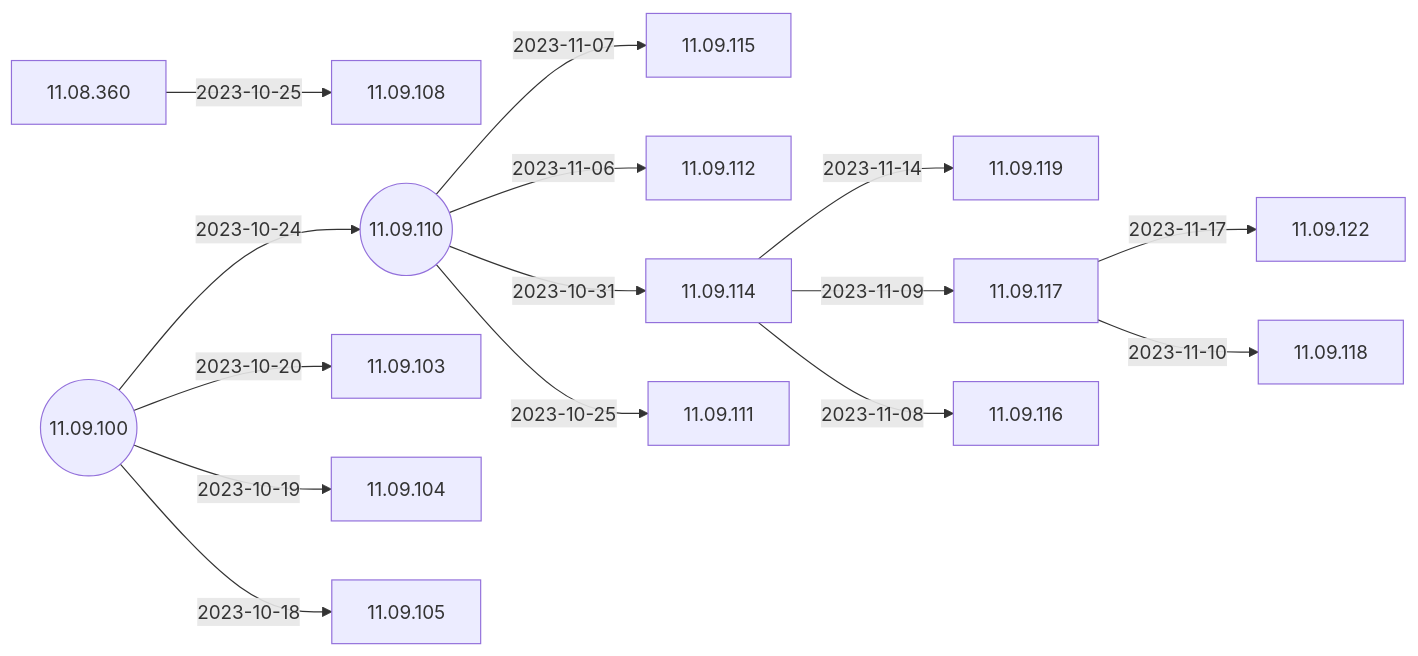
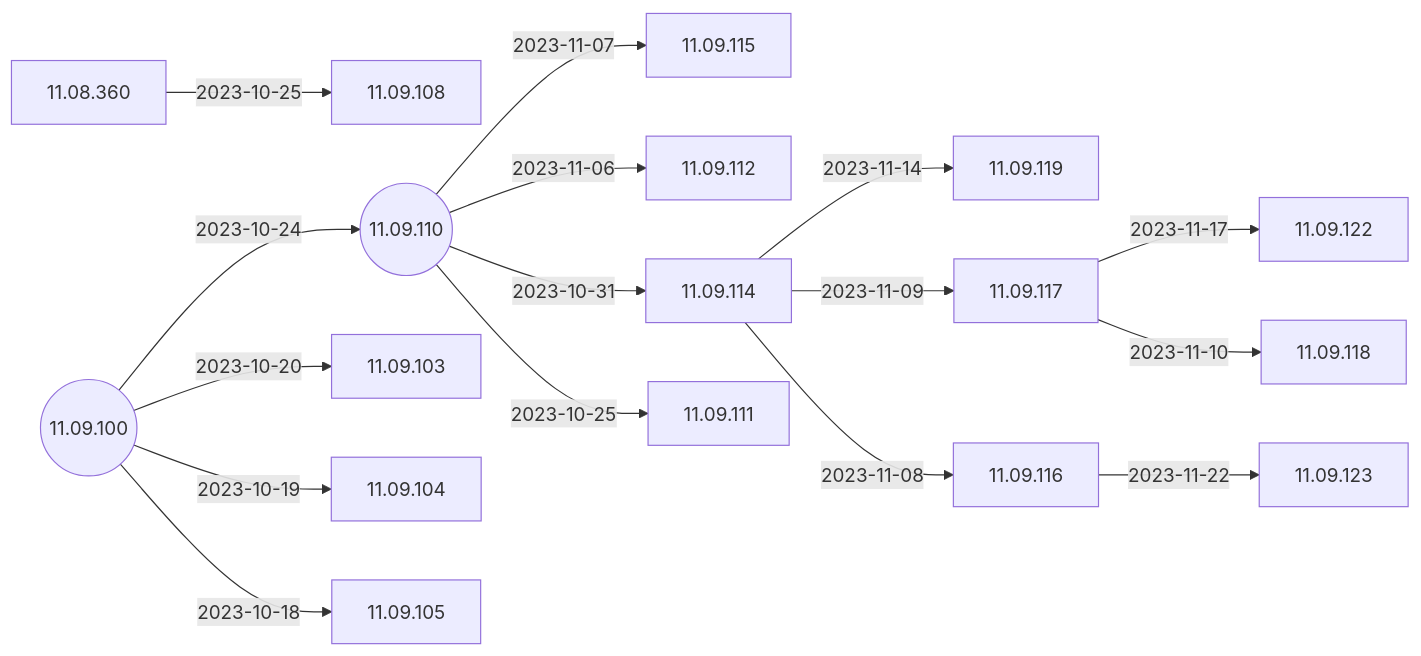
Before and after one commit to IGEL-Community/IGEL-Docs-v02: the second of 5 diagrams in docs/Docs/ReleaseNotes/01-OS11/README.md, drawn with Mermaid. The commit also changed 2 other files, not shown here.

Commit message:
11.09.123 < 11.09.116

````diff
--- a/docs/Docs/ReleaseNotes/01-OS11/README.md
+++ b/docs/Docs/ReleaseNotes/01-OS11/README.md
@@ -41,33 +41,35 @@
 ```mermaid
 flowchart LR
+    11.09.116-- 2023-11-22 -->11.09.123
     11.09.117-- 2023-11-17 -->11.09.122
     11.09.114-- 2023-11-14 -->11.09.119
     11.09.117-- 2023-11-10 -->11.09.118
     11.09.114-- 2023-11-09 -->11.09.117
     11.09.114-- 2023-11-08 -->11.09.116
     11.09.110-- 2023-11-07 -->11.09.115
     11.09.110-- 2023-11-06 -->11.09.112
     11.09.110-- 2023-10-31 -->11.09.114
     11.08.360-- 2023-10-25 -->11.09.108
     11.09.110-- 2023-10-25 -->11.09.111
     11.09.100-- 2023-10-24 -->11.09.110((11.09.110))
     11.09.100-- 2023-10-20 -->11.09.103
     11.09.100-- 2023-10-19 -->11.09.104
     11.09.100-- 2023-10-18 -->11.09.105
     11.09.100((11.09.100))
+    click 11.09.123 "https://github.com/IGEL-Community/IGEL-Docs-v02/tree/main/docs/Docs/ReleaseNotes/01-OS11/readme11.09.123.txt" _blank
     click 11.09.122 "https://github.com/IGEL-Community/IGEL-Docs-v02/tree/main/docs/Docs/ReleaseNotes/01-OS11/readme11.09.122.txt" _blank
     click 11.09.119 "https://github.com/IGEL-Community/IGEL-Docs-v02/tree/main/docs/Docs/ReleaseNotes/01-OS11/readme11.09.119.txt" _blank
     click 11.09.118 "https://github.com/IGEL-Community/IGEL-Docs-v02/tree/main/docs/Docs/ReleaseNotes/01-OS11/readme11.09.118.txt" _blank
     click 11.09.117 "https://github.com/IGEL-Community/IGEL-Docs-v02/tree/main/docs/Docs/ReleaseNotes/01-OS11/readme11.09.117.txt" _blank
     click 11.09.116 "https://github.com/IGEL-Community/IGEL-Docs-v02/tree/main/docs/Docs/ReleaseNotes/01-OS11/readme11.09.116.txt" _blank
     click 11.09.115 "https://github.com/IGEL-Community/IGEL-Docs-v02/tree/main/docs/Docs/ReleaseNotes/01-OS11/readme11.09.115.txt" _blank
     click 11.09.112 "https://github.com/IGEL-Community/IGEL-Docs-v02/tree/main/docs/Docs/ReleaseNotes/01-OS11/readme11.09.112.txt" _blank
     click 11.09.114 "https://github.com/IGEL-Community/IGEL-Docs-v02/tree/main/docs/Docs/ReleaseNotes/01-OS11/readme11.09.114.txt" _blank
     click 11.09.108 "https://github.com/IGEL-Community/IGEL-Docs-v02/tree/main/docs/Docs/ReleaseNotes/01-OS11/readme11.09.108.txt" _blank
     click 11.09.111 "https://github.com/IGEL-Community/IGEL-Docs-v02/tree/main/docs/Docs/ReleaseNotes/01-OS11/readme11.09.111.txt" _blank
     click 11.09.110 "https://github.com/IGEL-Community/IGEL-Docs-v02/tree/main/docs/Docs/ReleaseNotes/01-OS11/readme11.09.110.txt" _blank
     click 11.09.103 "https://github.com/IGEL-Community/IGEL-Docs-v02/tree/main/docs/Docs/ReleaseNotes/01-OS11/readme11.09.103.txt" _blank
     click 11.09.104 "https://github.com/IGEL-Community/IGEL-Docs-v02/tree/main/docs/Docs/ReleaseNotes/01-OS11/readme11.09.104.txt" _blank
     click 11.09.105 "https://github.com/IGEL-Community/IGEL-Docs-v02/tree/main/docs/Docs/ReleaseNotes/01-OS11/readme11.09.105.txt" _blank
     click 11.09.100 "https://github.com/IGEL-Community/IGEL-Docs-v02/tree/main/docs/Docs/ReleaseNotes/01-OS11/readme11.09.100.txt" _blank
 ```
````
